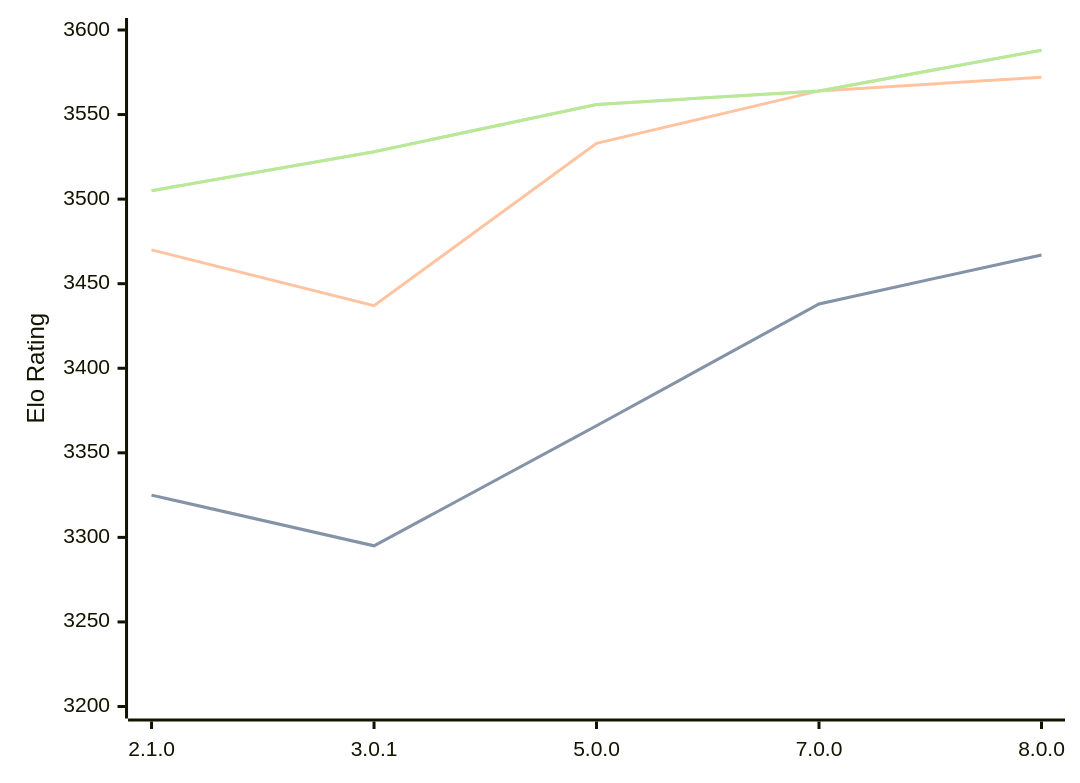
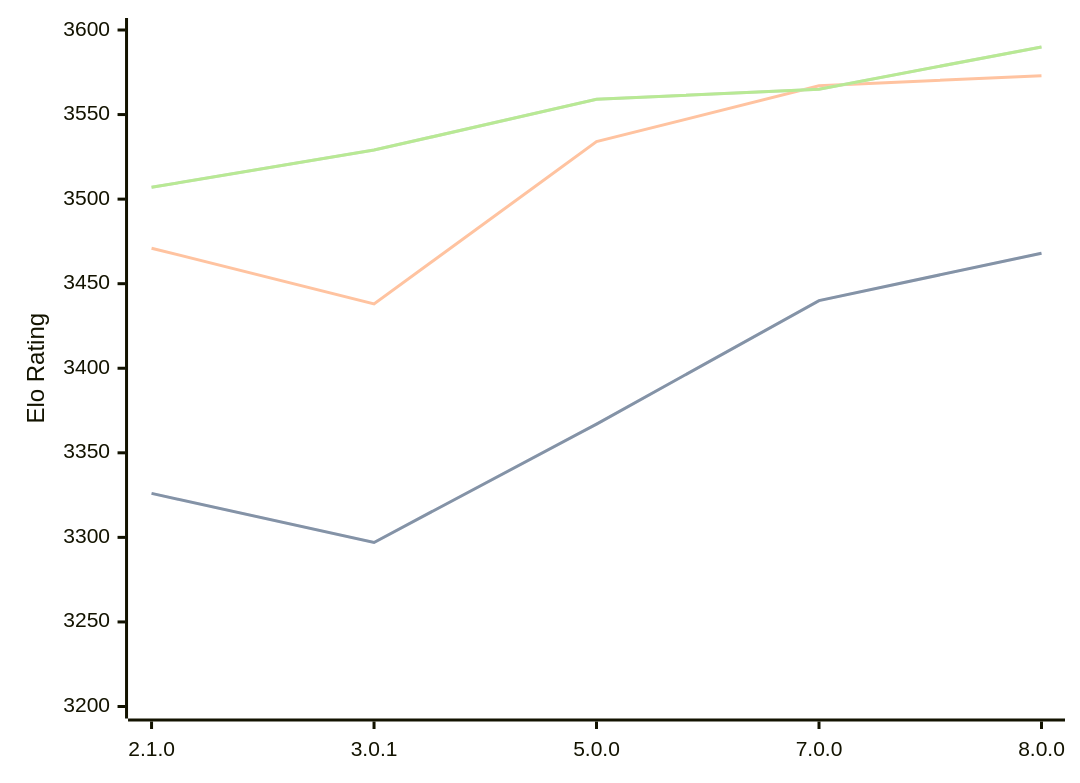
One commit to computer-chess-index/cci changed the diagram in engines/PlentyChess.md. Above: the diagram before and after it, drawn with Mermaid. The commit also changed other lines of this file, not shown here.

Commit message:
Update CCI Ratings (ELO VLTC) - 2026-09-01

````diff
--- a/engines/PlentyChess.md
+++ b/engines/PlentyChess.md
@@ -37,11 +37,11 @@
 ```mermaid
 %%{init: {"theme":"base","themeVariables":{"seriesColors:['#a3a3a3','#222221','#faa371']}}}%%
 xychart-beta
   x-axis ["2.1.0", "3.0.1", "5.0.0", "7.0.0", "8.0.0"]
   y-axis "Elo Rating" 3200 --> 3600
-  line "" [3325, 3295, 3366, 3438, 3467]
-  line "STC (8.0+0.08s)" [3325, 3295, 3366, 3438, 3467]
-  line "LTC (60.0+0.60s)" [3470, 3437, 3533, 3564, 3572]
-  line "" [3505, 3528, 3556, 3564, 3588]
-  line "VLTC (2m24s+1.12s)" [3505, 3528, 3556, 3564, 3588]
+  line "" [3326, 3297, 3367, 3440, 3468]
+  line "STC (8.0+0.08s)" [3326, 3297, 3367, 3440, 3468]
+  line "LTC (60.0+0.60s)" [3471, 3438, 3534, 3567, 3573]
+  line "" [3507, 3529, 3559, 3565, 3590]
+  line "VLTC (2m24s+1.12s)" [3507, 3529, 3559, 3565, 3590]
 ```
````
